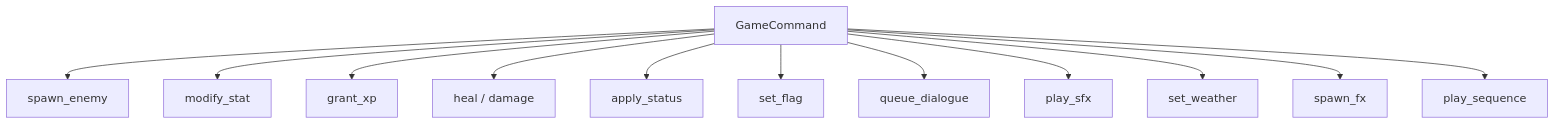
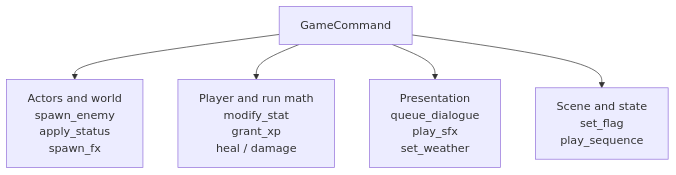
One commit to soulwax/EchoWiki changed the fifth of 10 diagrams in src/content/docs/pages/architecture/runtime-data-command-pipeline.md. Above: the diagram before and after it, drawn with Mermaid. The commit also changed other lines of this file and 5 other files, not shown here.

Commit message:
fix: refine runtime pipeline diagrams

````diff
--- a/src/content/docs/pages/architecture/runtime-data-command-pipeline.md
+++ b/src/content/docs/pages/architecture/runtime-data-command-pipeline.md
@@ -117,27 +117,13 @@
 ```mermaid
 flowchart TB
     command[GameCommand]
-    spawn[spawn_enemy]
-    stat[modify_stat]
-    xp[grant_xp]
-    hp[heal / damage]
-    status[apply_status]
-    flag[set_flag]
-    dialogue[queue_dialogue]
-    sfx[play_sfx]
-    weather[set_weather]
-    fx[spawn_fx]
-    sequence[play_sequence]
+    actor["Actors and world<br/>spawn_enemy<br/>apply_status<br/>spawn_fx"]
+    player["Player and run math<br/>modify_stat<br/>grant_xp<br/>heal / damage"]
+    presentation["Presentation<br/>queue_dialogue<br/>play_sfx<br/>set_weather"]
+    scene["Scene and state<br/>set_flag<br/>play_sequence"]
 
-    command --> spawn
-    command --> stat
-    command --> xp
-    command --> hp
-    command --> status
-    command --> flag
-    command --> dialogue
-    command --> sfx
-    command --> weather
-    command --> fx
-    command --> sequence
+    command --> actor
+    command --> player
+    command --> presentation
+    command --> scene
 ```
````
